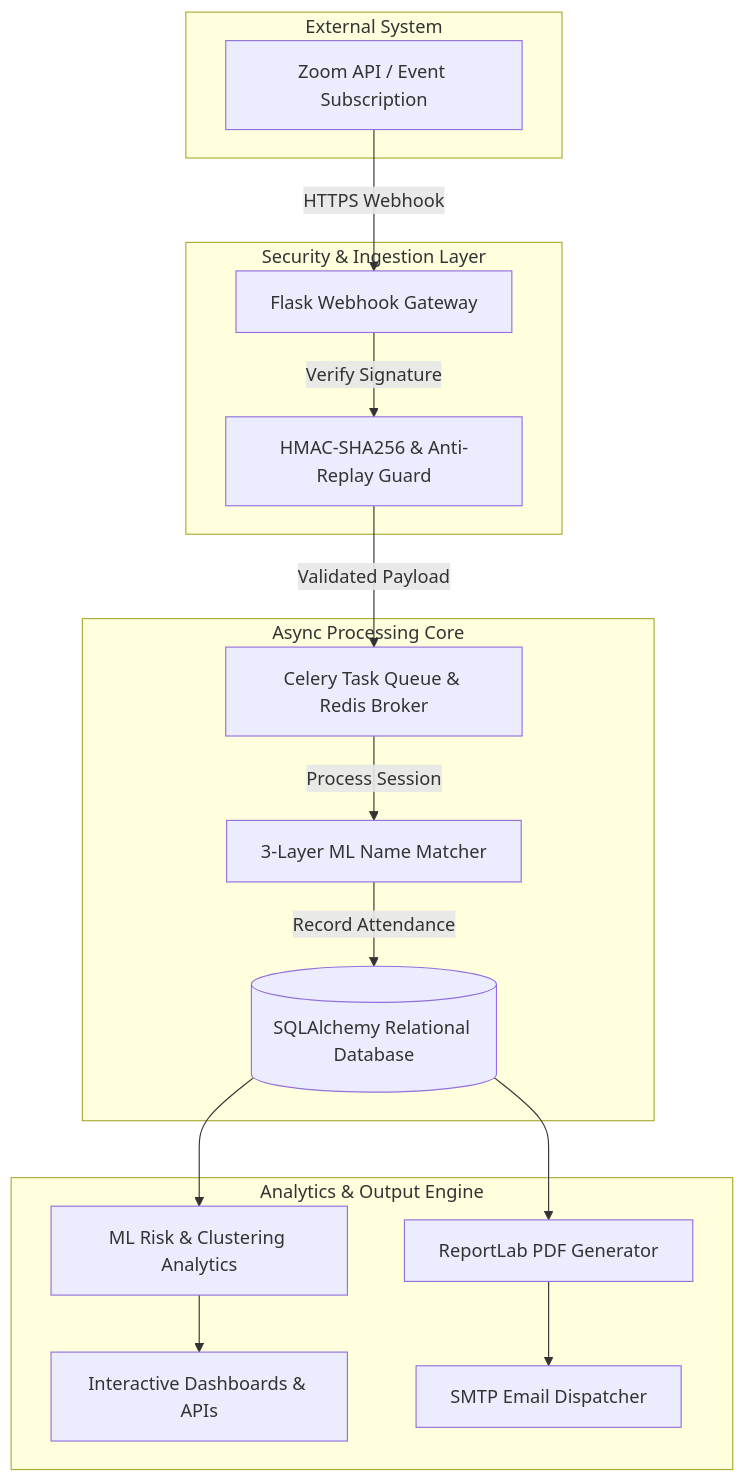
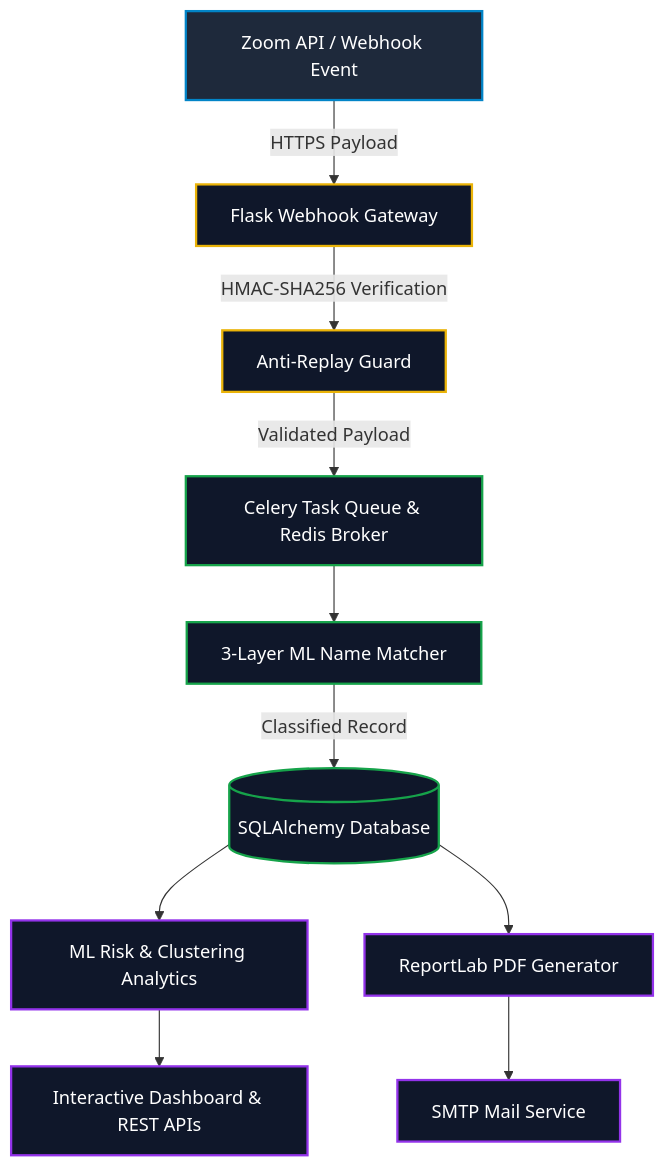
Before and after one commit to vigneshaadepu/Zoom_attendance: the diagram in README.md, drawn with Mermaid. The commit also changed other lines of this file, not shown here.

````diff
--- a/README.md
+++ b/README.md
@@ -73,34 +100,17 @@
 ```mermaid
 graph TD
-    subgraph External System
-        Z[Zoom API / Event Subscription]
-    end
+    classDef external fill:#1e293b,stroke:#0284c7,stroke-width:2px,color:#fff;
+    classDef security fill:#0f172a,stroke:#eab308,stroke-width:2px,color:#fff;
+    classDef async fill:#0f172a,stroke:#16a34a,stroke-width:2px,color:#fff;
+    classDef analytics fill:#0f172a,stroke:#9333ea,stroke-width:2px,color:#fff;
 
-    subgraph Security & Ingestion Layer
-        B[Flask Webhook Gateway]
-        V[HMAC-SHA256 & Anti-Replay Guard]
-    end
-
-    subgraph Async Processing Core
-        C[Celery Task Queue & Redis Broker]
-        M[3-Layer ML Name Matcher]
-        DB[(SQLAlchemy Relational Database)]
-    end
-
-    subgraph Analytics & Output Engine
-        R[ML Risk & Clustering Analytics]
-        P[ReportLab PDF Generator]
-        D[Interactive Dashboards & APIs]
-        E[SMTP Email Dispatcher]
-    end
-
-    Z -->|HTTPS Webhook| B
-    B -->|Verify Signature| V
-    V -->|Validated Payload| C
-    C -->|Process Session| M
-    M -->|Record Attendance| DB
-    DB --> R
-    DB --> P
-    R --> D
-    P --> E
+    Z[Zoom API / Webhook Event]:::external -->|HTTPS Payload| B[Flask Webhook Gateway]:::security
+    B -->|HMAC-SHA256 Verification| V[Anti-Replay Guard]:::security
+    V -->|Validated Payload| C[Celery Task Queue & Redis Broker]:::async
+    C --> M[3-Layer ML Name Matcher]:::async
+    M -->|Classified Record| DB[(SQLAlchemy Database)]:::async
+    DB --> R[ML Risk & Clustering Analytics]:::analytics
+    DB --> P[ReportLab PDF Generator]:::analytics
+    R --> D[Interactive Dashboard & REST APIs]:::analytics
+    P --> E[SMTP Mail Service]:::analytics
 ```
````
